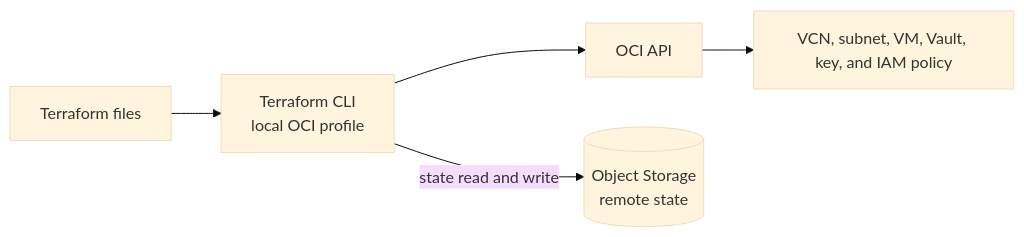
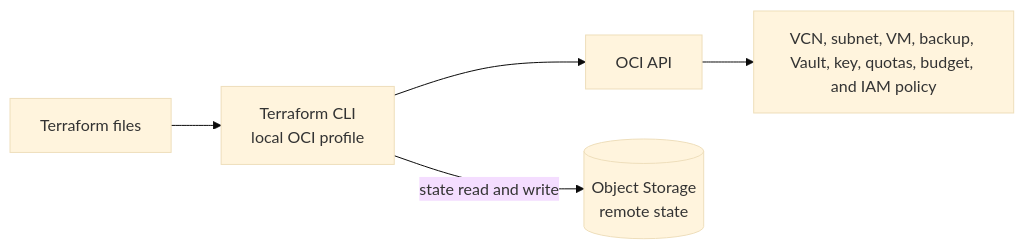
The second of 3 diagrams in README.md (Disease-Prediction-ASET26/disease-prediction-infra), drawn with Mermaid (base theme) before and after one commit. The commit also changed other lines of this file and 4 other files, not shown here.

````diff
--- a/README.md
+++ b/README.md
@@ -44,6 +86,6 @@
 ```mermaid
 flowchart LR
   config[Terraform files] --> cli[Terraform CLI<br/>local OCI profile]
-  cli --> api[OCI API] --> resources[VCN, subnet, VM, Vault, key, and IAM policy]
+  cli --> api[OCI API] --> resources[VCN, subnet, VM, backup, Vault, key, quotas, budget, and IAM policy]
   cli -->|state read and write| state[(Object Storage<br/>remote state)]
 ```
````
